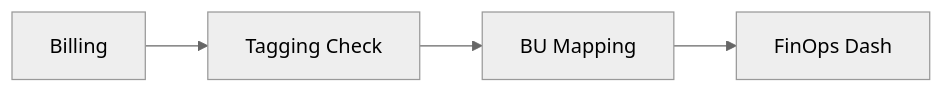
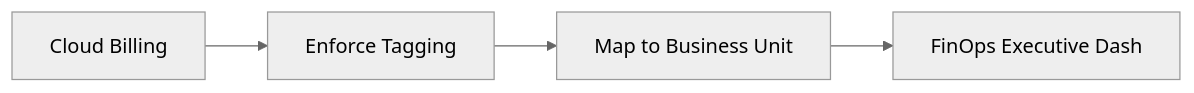
The eighth of 30 diagrams in README.md (Devopstrio/hybrid-landingzone), drawn with Mermaid (neutral theme) before and after one commit. The commit also changed other lines of this file, not shown here.

Commit message:
docs: finalize premium institutional-grade README with 30+ diagrams and executive summary

````diff
--- a/README.md
+++ b/README.md
@@ -92,6 +142,6 @@
 ```mermaid
 graph LR
-    Bill[Billing] --> Tag[Tagging Check]
-    Tag --> Map[BU Mapping]
-    Map --> Dash[FinOps Dash]
+    Bill[Cloud Billing] --> Tag[Enforce Tagging]
+    Tag --> Map[Map to Business Unit]
+    Map --> Dash[FinOps Executive Dash]
 ```
````
